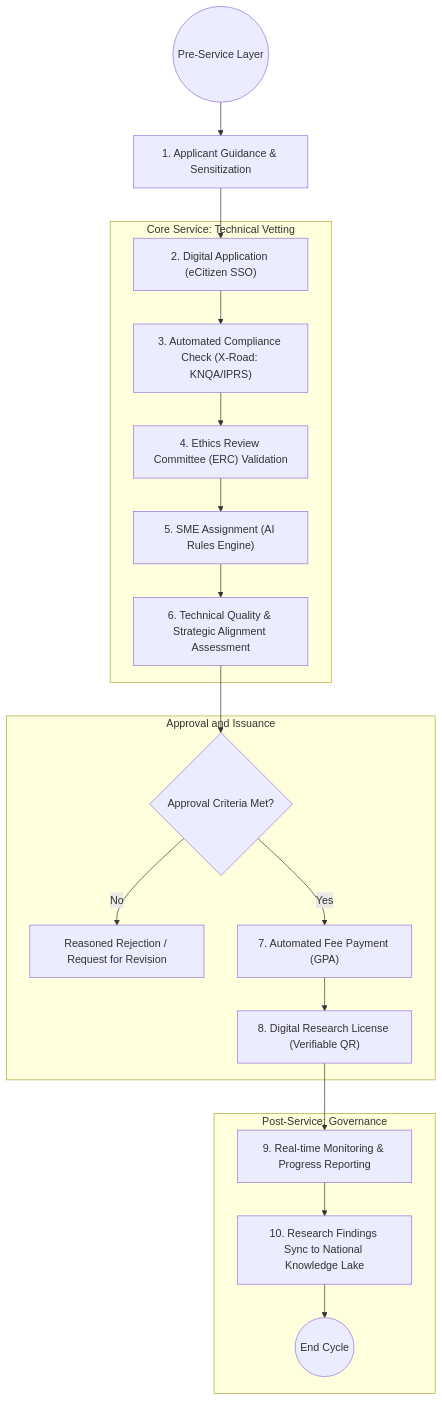
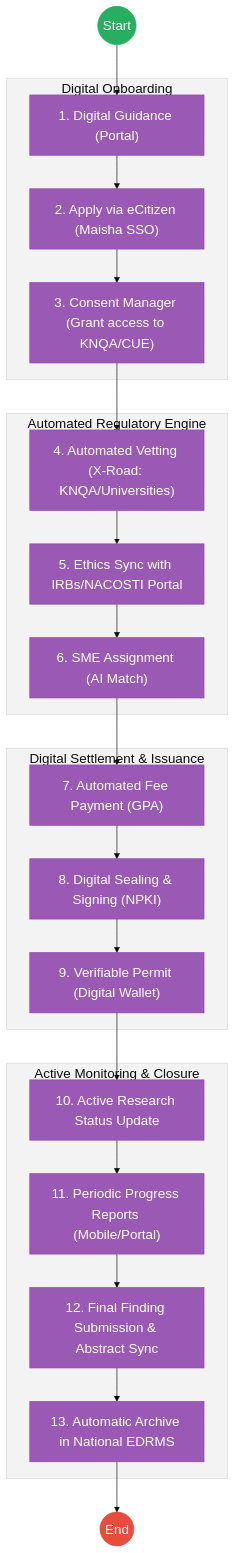
The second of 2 diagrams in mdas/docs_final/priority_mdas/National_Commission_For_Science_Technology_and_Innovation___Service_Delivery.md (BITZ-IT-Consulting-LTD/ictapoc), drawn with Mermaid before and after one commit. The commit also changed other lines of this file and 19 other files, not shown here.

````diff
--- a/mdas/docs_final/priority_mdas/National_Commission_For_Science_Technology_and_Innovation___Service_Delivery.md
+++ b/mdas/docs_final/priority_mdas/National_Commission_For_Science_Technology_and_Innovation___Service_Delivery.md
@@ -87,25 +205,40 @@
 ```mermaid
+%%{init: { 'theme': 'base', 'themeVariables': { 'fontSize': '20px', 'fontFamily': 'Inter, system-ui, sans-serif', 'primaryColor': '#ffffff', 'edgeLabelBackground':'#ffffff', 'tertiaryColor': '#f3f3f3', 'mainBkg': '#ffffff', 'nodeBorder': '#333333' } } }%%
 flowchart TD
-    Start(("Pre-Service Layer")) --> Guidance["1. Applicant Guidance & Sensitization"]
-    Guidance --> Apply["2. Digital Application (eCitizen SSO)"]
+    Start(("Start")) --> Prep["1. Digital Guidance (Portal)"]
     
-    subgraph Vetting_Layer["Core Service: Technical Vetting"]
-        Apply --> Vetting_Rules["3. Automated Compliance Check (X-Road: KNQA/IPRS)"]
-        Vetting_Rules --> Ethics["4. Ethics Review Committee (ERC) Validation"]
-        Ethics --> Expert_Assign["5. SME Assignment (AI Rules Engine)"]
-        Expert_Assign --> Quality_Review["6. Technical Quality & Strategic Alignment Assessment"]
+    subgraph Intake_Layer["Digital Onboarding"]
+        Prep --> Apply["2. Apply via eCitizen (Maisha SSO)"]
+        Apply --> Consent["3. Consent Manager (Grant access to KNQA/CUE)"]
     end
 
-    subgraph Decision_Layer["Approval and Issuance"]
-        Quality_Review --> Decision{"Approval Criteria Met?"}
-        Decision -- "No" --> Rej["Reasoned Rejection / Request for Revision"]
-        Decision -- "Yes" --> Pay["7. Automated Fee Payment (GPA)"]
-        Pay --> License["8. Digital Research License (Verifiable QR)"]
+    subgraph Vetting_Layer["Automated Regulatory Engine"]
+        Consent --> Vetting["4. Automated Vetting (X-Road: KNQA/Universities)"]
+        Vetting --> Ethics["5. Ethics Sync with IRBs/NACOSTI Portal"]
+        Ethics --> Expert["6. SME Assignment (AI Match)"]
     end
 
-    subgraph Monitoring_Layer["Post-Service: Governance"]
-        License --> Track["9. Real-time Monitoring & Progress Reporting"]
-        Track --> Feed["10. Research Findings Sync to National Knowledge Lake"]
-        Feed --> End(("End Cycle"))
+    subgraph Decision_Layer["Digital Settlement & Issuance"]
+        Expert --> Pay["7. Automated Fee Payment (GPA)"]
+        Pay --> Sign["8. Digital Sealing & Signing (NPKI)"]
+        Sign --> Wallet["9. Verifiable Permit (Digital Wallet)"]
     end
+
+    subgraph Lifecycle_Layer["Active Monitoring & Closure"]
+        Wallet --> Active["10. Active Research Status Update"]
+        Active --> Reporting["11. Periodic Progress Reports (Mobile/Portal)"]
+        Reporting --> Completion["12. Final Finding Submission & Abstract Sync"]
+        Completion --> Archive["13. Automatic Archive in National EDRMS"]
+    end
+
+    Archive --> End((End))
+
+    %% Styling
+    classDef startEvent fill:#27ae60,stroke:#27ae60,color:#fff,font-size:20px;;
+    classDef endEvent fill:#e74c3c,stroke:#e74c3c,color:#fff,font-size:20px;;
+    classDef serviceTask fill:#9b59b6,stroke:#8e44ad,color:#fff,font-size:20px;;
+    
+    class Start startEvent;
+    class End endEvent;
+    class Prep,Apply,Consent,Vetting,Ethics,Expert,Pay,Sign,Wallet,Active,Reporting,Completion,Archive serviceTask;
 ```
````
